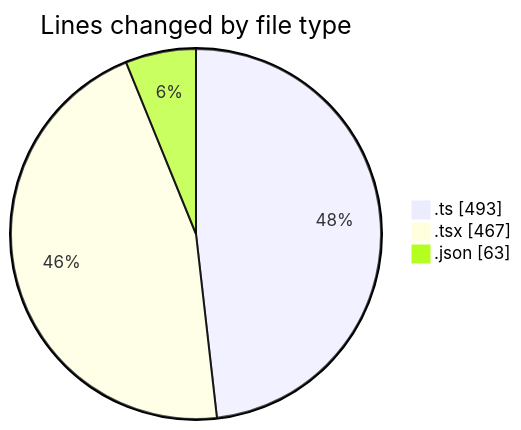
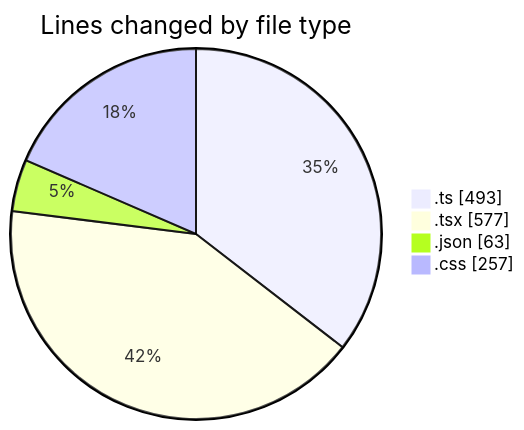
The first of 2 diagrams in 2025-11-24/eventscop-frontend-guide__workspace_/README.md (julien-gomy/code-tracking), drawn with Mermaid before and after one commit. The commit also changed other lines of this file and 1 other file, not shown here.

````diff
--- a/2025-11-24/eventscop-frontend-guide__workspace_/README.md
+++ b/2025-11-24/eventscop-frontend-guide__workspace_/README.md
@@ -34,7 +38,8 @@
 ```mermaid
 pie showData
 title Lines changed by file type
 ".ts" : 493
-".tsx" : 467
+".tsx" : 577
 ".json" : 63
+".css" : 257
 ```
````
